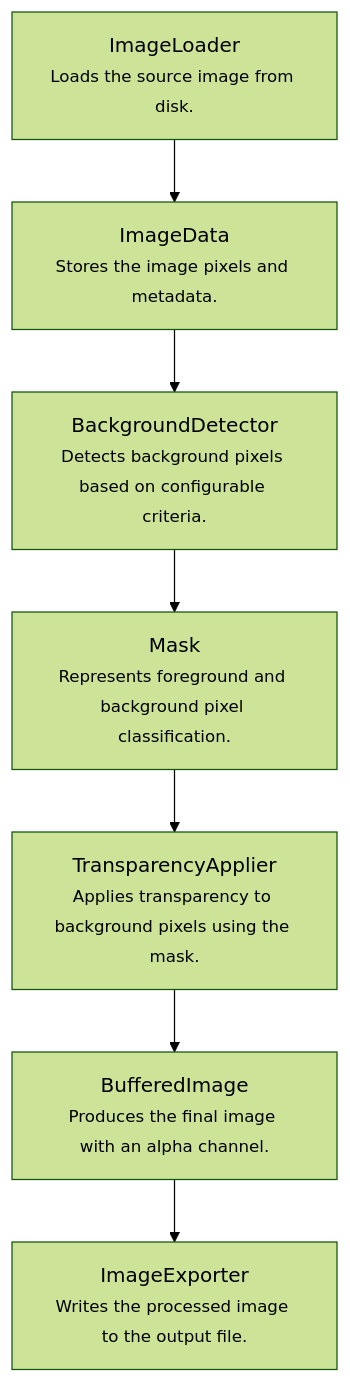
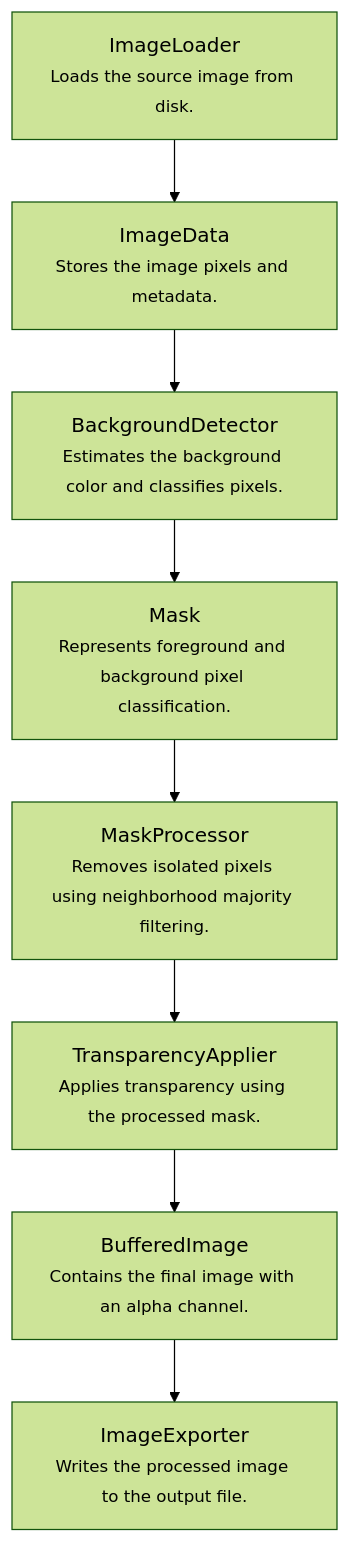
Before and after one commit to KelianHalleray/bg-eraser: the diagram in README.md, drawn with Mermaid (forest theme). The commit also changed other lines of this file and 3 other files, not shown here.

Commit message:
feat: add mask post-processing with majority filtering

````diff
--- a/README.md
+++ b/README.md
@@ -26,15 +27,17 @@
 ```mermaid
 flowchart TD
     A["ImageLoader<br/><small>Loads the source image from disk.</small>"]
         --> B["ImageData<br/><small>Stores the image pixels and metadata.</small>"]
 
-    B --> C["BackgroundDetector<br/><small>Detects background pixels based on configurable criteria.</small>"]
+    B --> C["BackgroundDetector<br/><small>Estimates the background color and classifies pixels.</small>"]
 
     C --> D["Mask<br/><small>Represents foreground and background pixel classification.</small>"]
 
-    D --> E["TransparencyApplier<br/><small>Applies transparency to background pixels using the mask.</small>"]
+    D --> E["MaskProcessor<br/><small>Removes isolated pixels using neighborhood majority filtering.</small>"]
 
-    E --> F["BufferedImage<br/><small>Produces the final image with an alpha channel.</small>"]
+    E --> F["TransparencyApplier<br/><small>Applies transparency using the processed mask.</small>"]
 
-    F --> G["ImageExporter<br/><small>Writes the processed image to the output file.</small>"]
+    F --> G["BufferedImage<br/><small>Contains the final image with an alpha channel.</small>"]
+
+    G --> H["ImageExporter<br/><small>Writes the processed image to the output file.</small>"]
 ```
````
